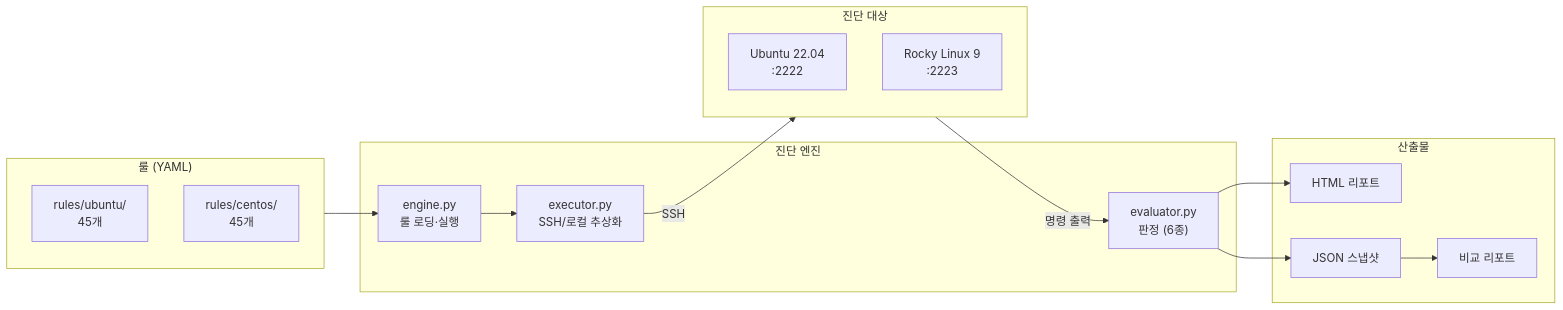
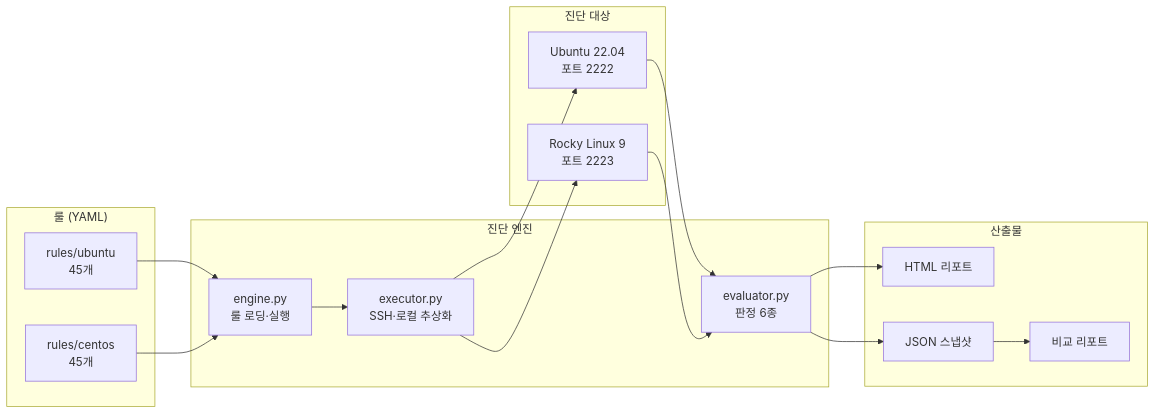
Before and after one commit to psiy01/kisa-scanner: the diagram in README.md, drawn with Mermaid.

Commit message:
fix: Mermaid 다이어그램 문법 수정

````diff
--- a/README.md
+++ b/README.md
@@ -47,32 +47,35 @@
 ```mermaid
 flowchart LR
     subgraph rules["룰 (YAML)"]
-        R1["rules/ubuntu/<br/>45개"]
-        R2["rules/centos/<br/>45개"]
+        R1["rules/ubuntu<br/>45개"]
+        R2["rules/centos<br/>45개"]
     end
 
     subgraph engine["진단 엔진"]
         E1["engine.py<br/>룰 로딩·실행"]
-        E2["executor.py<br/>SSH/로컬 추상화"]
-        E3["evaluator.py<br/>판정 (6종)"]
+        E2["executor.py<br/>SSH·로컬 추상화"]
+        E3["evaluator.py<br/>판정 6종"]
     end
 
     subgraph target["진단 대상"]
-        T1["Ubuntu 22.04<br/>:2222"]
-        T2["Rocky Linux 9<br/>:2223"]
+        T1["Ubuntu 22.04<br/>포트 2222"]
+        T2["Rocky Linux 9<br/>포트 2223"]
     end
 
     subgraph output["산출물"]
         O1["HTML 리포트"]
         O2["JSON 스냅샷"]
         O3["비교 리포트"]
     end
 
-    rules --> E1
+    R1 --> E1
+    R2 --> E1
     E1 --> E2
-    E2 -->|SSH| target
-    target -->|명령 출력| E3
+    E2 --> T1
+    E2 --> T2
+    T1 --> E3
+    T2 --> E3
     E3 --> O1
     E3 --> O2
     O2 --> O3
 ```
````
